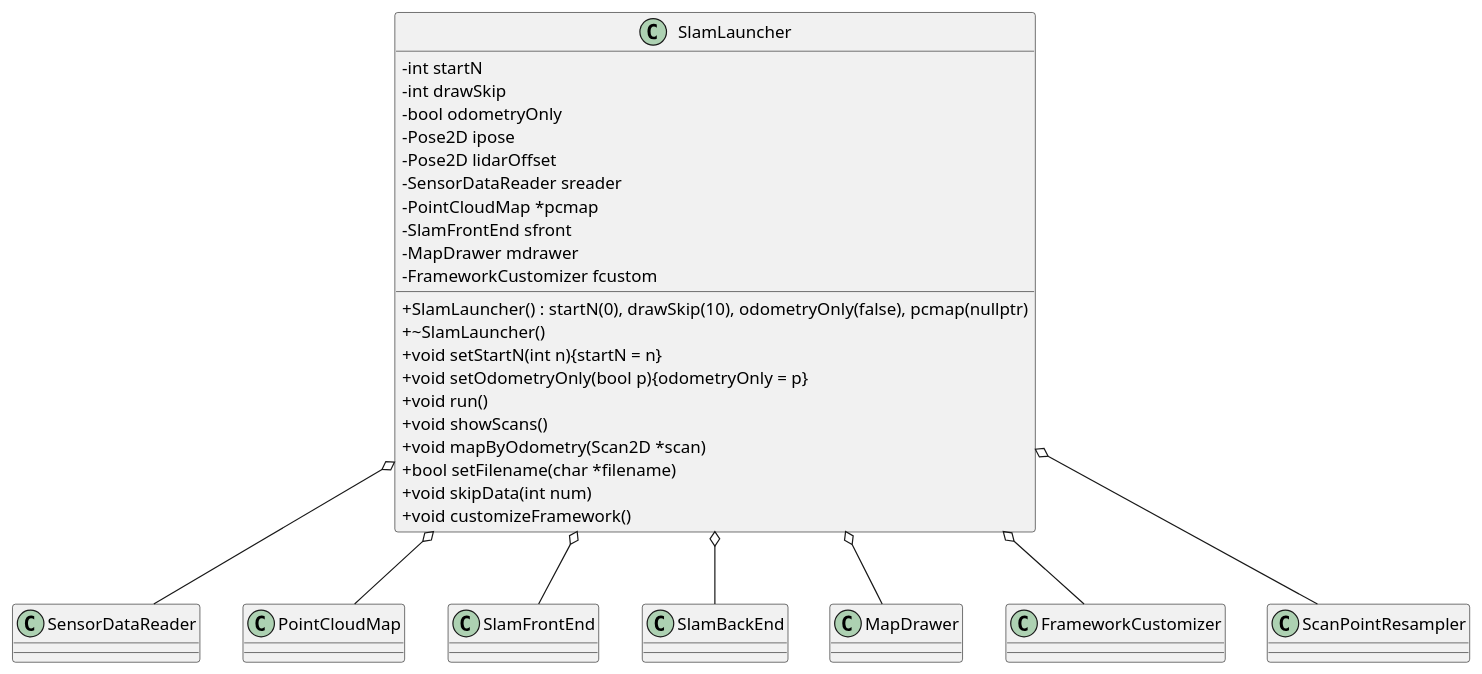
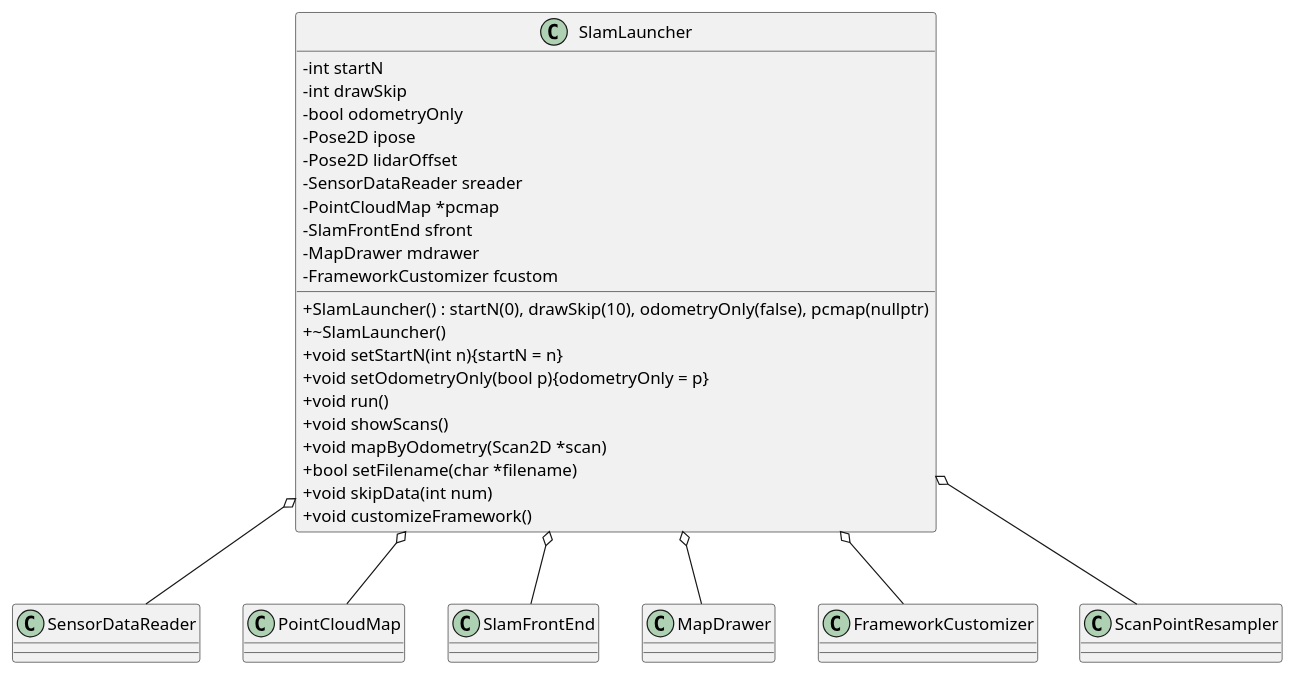
The diagram in PlantUML/SlamLauncher/SlamLauncher_Class.puml (ShisatoYano/SLAMDesignUML), drawn with PlantUML before and after one commit. The commit also changed 1 other file, not shown here.

```diff
--- a/PlantUML/SlamLauncher/SlamLauncher_Class.puml
+++ b/PlantUML/SlamLauncher/SlamLauncher_Class.puml
@@ -1,37 +1,36 @@
 @startuml
 
 skinparam classAttributeIconSize 0
 
 class SlamLauncher
 {
     - int startN
     - int drawSkip
     - bool odometryOnly
     - Pose2D ipose
     - Pose2D lidarOffset
     - SensorDataReader sreader
     - PointCloudMap *pcmap
     - SlamFrontEnd sfront
     - MapDrawer mdrawer
     - FrameworkCustomizer fcustom
     + SlamLauncher() : startN(0), drawSkip(10), odometryOnly(false), pcmap(nullptr)
     + ~SlamLauncher()
     + void setStartN(int n){startN = n}
     + void setOdometryOnly(bool p){odometryOnly = p}
     + void run()
     + void showScans()
     + void mapByOdometry(Scan2D *scan)
     + bool setFilename(char *filename)
     + void skipData(int num)
     + void customizeFramework()
 }
 
 SlamLauncher o-- SensorDataReader
 SlamLauncher o-- PointCloudMap
 SlamLauncher o-- SlamFrontEnd
-SlamLauncher o-- SlamBackEnd
 SlamLauncher o-- MapDrawer
 SlamLauncher o-- FrameworkCustomizer
 SlamLauncher o-- ScanPointResampler
 
 @enduml
```
